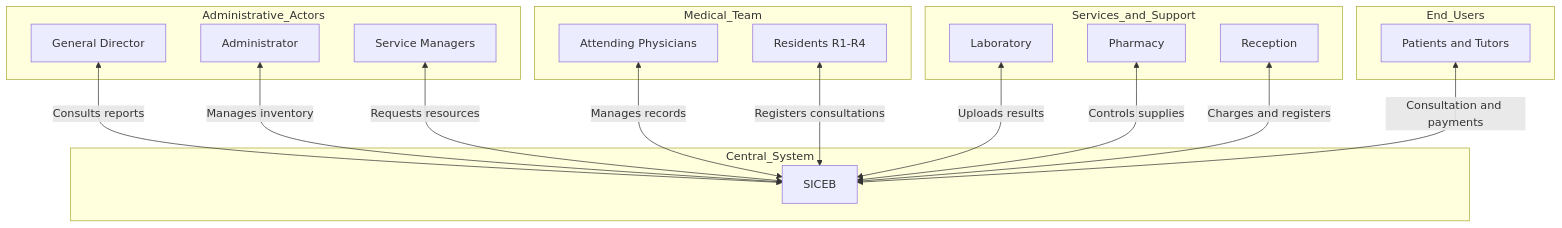
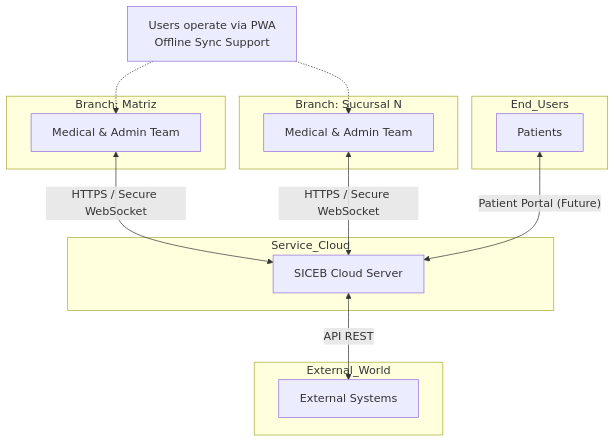
The diagram in Requirements/Vision_Scope_SICEB.md (AndrikBG/SICEB), drawn with Mermaid before and after one commit. The commit also changed other lines of this file and 15 other files, not shown here.

Commit message:
feat: Add initial project constraints, quality attribute priorities, and architectural concerns documentation for SICEB.

````diff
--- a/Requirements/Vision_Scope_SICEB.md
+++ b/Requirements/Vision_Scope_SICEB.md
@@ -213,41 +232,35 @@
 ```mermaid
 graph TD
 
-    subgraph Central_System
-        SICEB[SICEB]
+    subgraph External_World
+        EXT[External Systems]
     end
 
-    subgraph Administrative_Actors
-        DIR[General Director]
-        ADM[Administrator]
-        ENC[Service Managers]
+    subgraph Service_Cloud
+        SICEB[SICEB Cloud Server]
     end
 
-    subgraph Medical_Team
-        MED[Attending Physicians]
-        RES[Residents R1-R4]
+    subgraph Branch_1 [Branch: Matriz]
+        USR1[Medical & Admin Team]
     end
 
-    subgraph Services_and_Support
-        LAB[Laboratory]
-        FAR[Pharmacy]
-        REC[Reception]
+    subgraph Branch_N [Branch: Sucursal N]
+        USRN[Medical & Admin Team]
     end
 
     subgraph End_Users
-        PAC[Patients and Tutors]
+        PAC[Patients]
     end
 
-    DIR <-->|Consults reports| SICEB
-    ADM <-->|Manages inventory| SICEB
-    ENC <-->|Requests resources| SICEB
+    %% Connections
+    USR1 <-->|HTTPS / Secure WebSocket| SICEB
+    USRN <-->|HTTPS / Secure WebSocket| SICEB
+    
+    SICEB <-->|API REST| EXT
+    PAC <-->|"Patient Portal (Future)"| SICEB
 
-    MED <-->|Manages records| SICEB
-    RES <-->|Registers consultations| SICEB
-
-    LAB <-->|Uploads results| SICEB
-    FAR <-->|Controls supplies| SICEB
-    REC <-->|Charges and registers| SICEB
-
-    PAC <-->|Consultation and payments| SICEB
+    %% Internal Descriptions
+    note1[Users operate via PWA<br/>Offline Sync Support]
+    note1 -.-> USR1
+    note1 -.-> USRN
 ```
````
